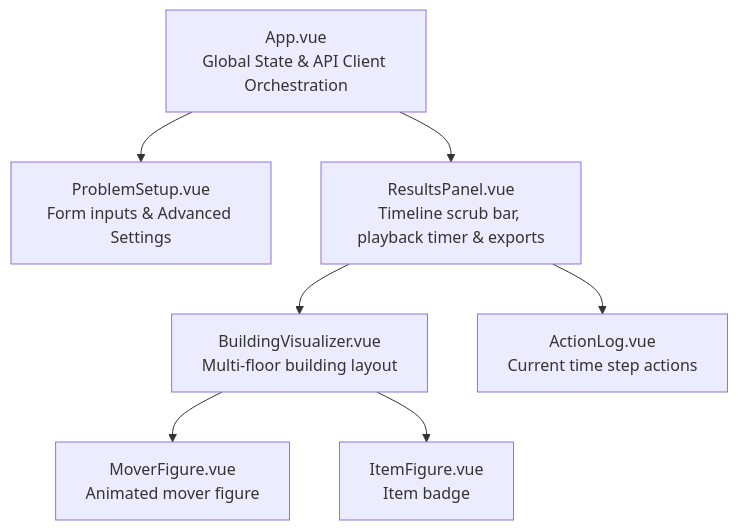
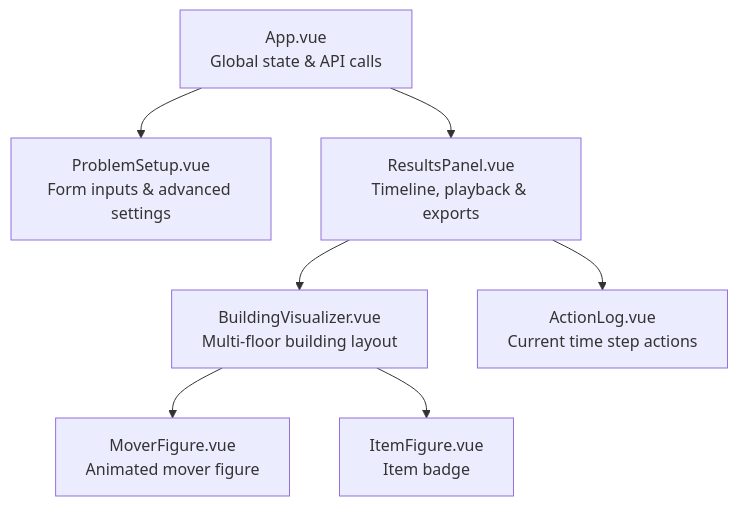
One commit to simo-macca/toc-movers-sat changed the diagram in frontend/README.md. Above: the diagram before and after it, drawn with Mermaid. The commit also changed other lines of this file and 68 other files, not shown here.

````diff
--- a/frontend/README.md
+++ b/frontend/README.md
@@ -72,10 +79,10 @@
 ```mermaid
 flowchart TD
-    App[App.vue\nGlobal State & API Client Orchestration]
-    App --> Setup[ProblemSetup.vue\nForm inputs & Advanced Settings]
-    App --> Results[ResultsPanel.vue\nTimeline scrub bar, playback timer & exports]
-    Results --> Visualizer[BuildingVisualizer.vue\nMulti-floor building layout]
-    Visualizer --> MoverFig[MoverFigure.vue\nAnimated mover figure]
-    Visualizer --> ItemFig[ItemFigure.vue\nItem badge]
-    Results --> Log[ActionLog.vue\nCurrent time step actions]
+    App["App.vue<br>Global state & API calls"]
+    App --> Setup["ProblemSetup.vue<br>Form inputs & advanced settings"]
+    App --> Results["ResultsPanel.vue<br>Timeline, playback & exports"]
+    Results --> Visualizer["BuildingVisualizer.vue<br>Multi-floor building layout"]
+    Visualizer --> MoverFig["MoverFigure.vue<br>Animated mover figure"]
+    Visualizer --> ItemFig["ItemFigure.vue<br>Item badge"]
+    Results --> Log["ActionLog.vue<br>Current time step actions"]
 ```
````
